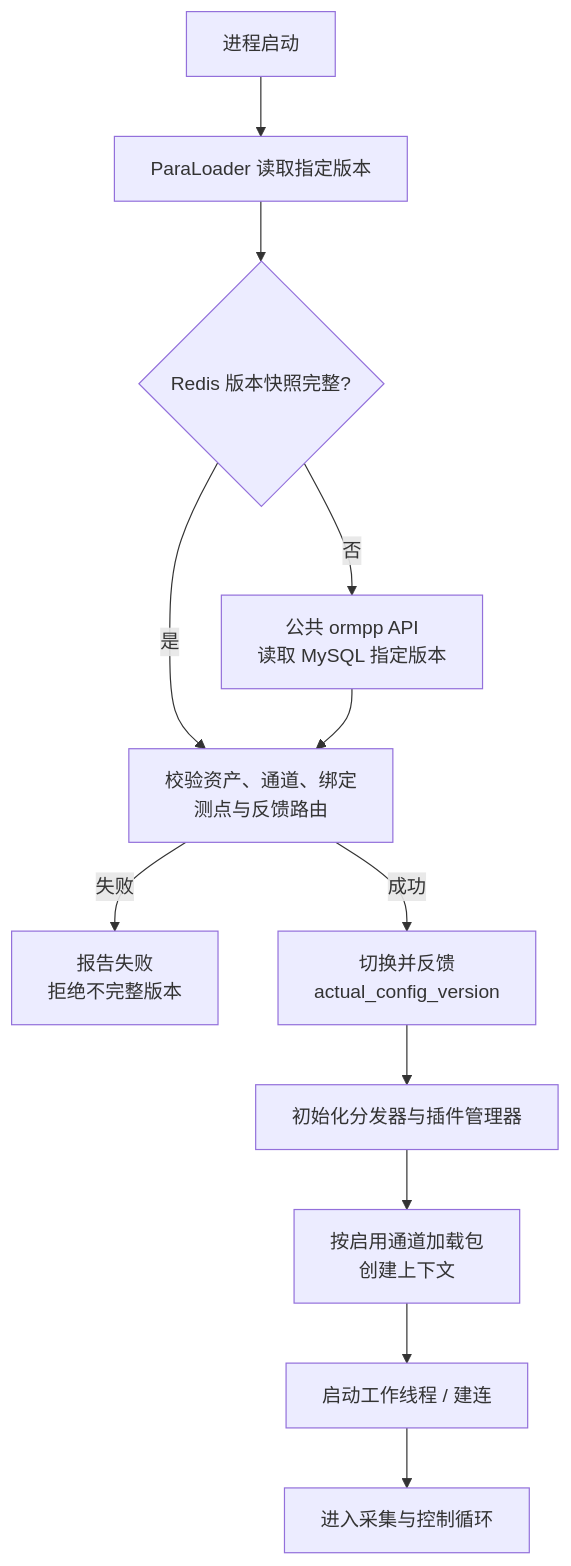
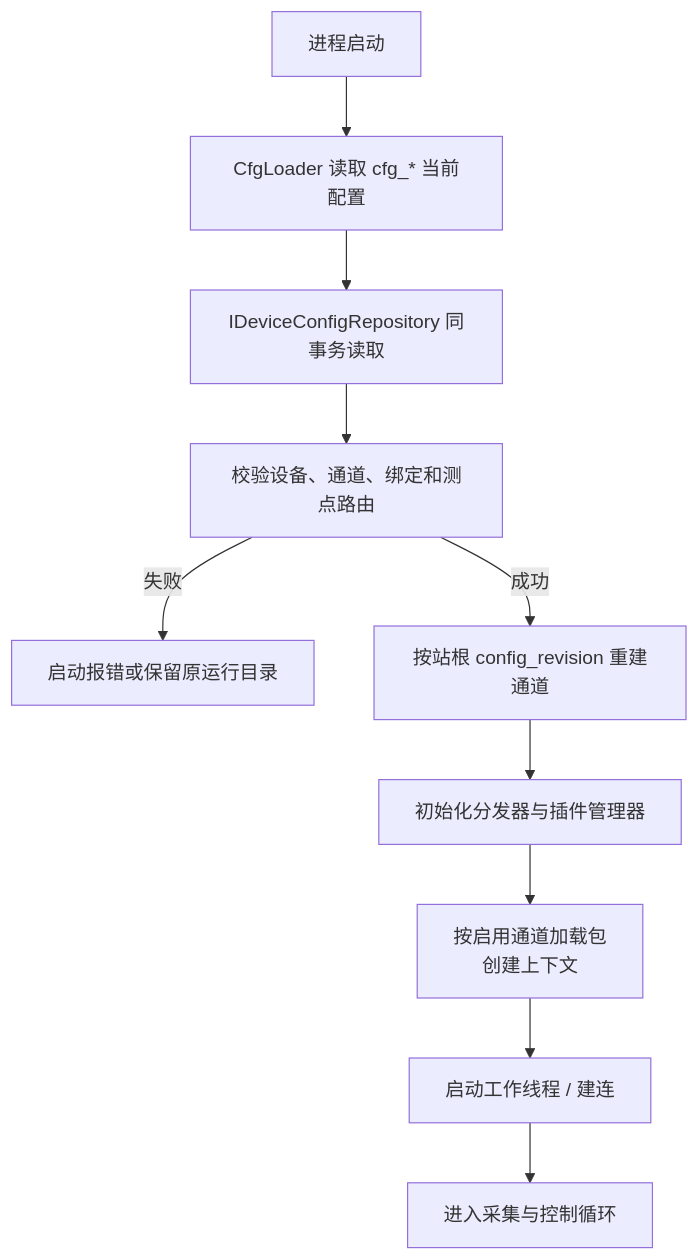
Before and after one commit to 600888/ems: the fifth of 8 diagrams in website/docs/processes/collector/design.md, drawn with Mermaid. The commit also changed other lines of this file and 59 other files, not shown here.

````diff
--- a/website/docs/processes/collector/design.md
+++ b/website/docs/processes/collector/design.md
@@ -157,14 +157,12 @@
 ```mermaid
 flowchart TD
-    Start[进程启动] --> Read[ParaLoader 读取指定版本]
-    Read --> Cache{Redis 版本快照完整?}
-    Cache -->|是| Check["校验资产、通道、绑定<br/>测点与反馈路由"]
-    Cache -->|否| DB["公共 ormpp API<br/>读取 MySQL 指定版本"]
-    DB --> Check
-    Check -->|失败| Reject["报告失败<br/>拒绝不完整版本"]
-    Check -->|成功| Apply["切换并反馈<br/>actual_config_version"]
+    Start[进程启动] --> Read[CfgLoader 读取 cfg_* 当前配置]
+    Read --> DB[IDeviceConfigRepository 同事务读取]
+    DB --> Check[校验设备、通道、绑定和测点路由]
+    Check -->|失败| Reject[启动报错或保留原运行目录]
+    Check -->|成功| Apply[按站根 config_revision 重建通道]
     Apply --> Init[初始化分发器与插件管理器]
     Init --> Channel["按启用通道加载包<br/>创建上下文"]
     Channel --> Connect[启动工作线程 / 建连]
     Connect --> Loop[进入采集与控制循环]
 ```
````
